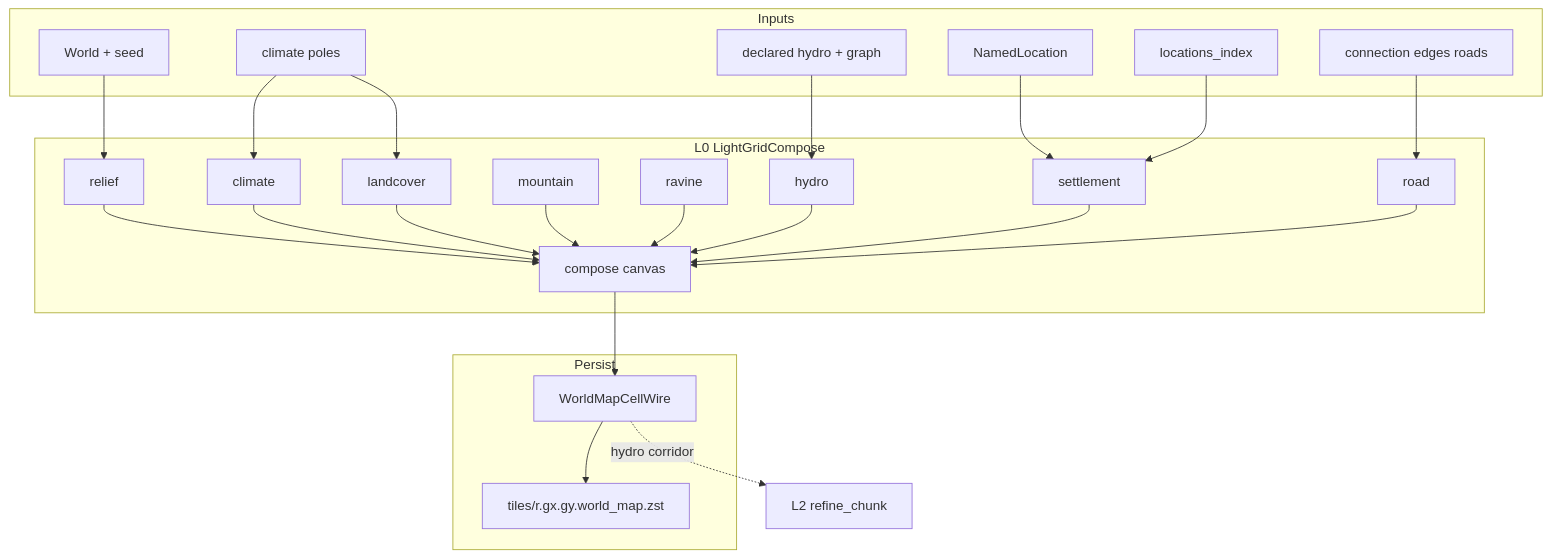
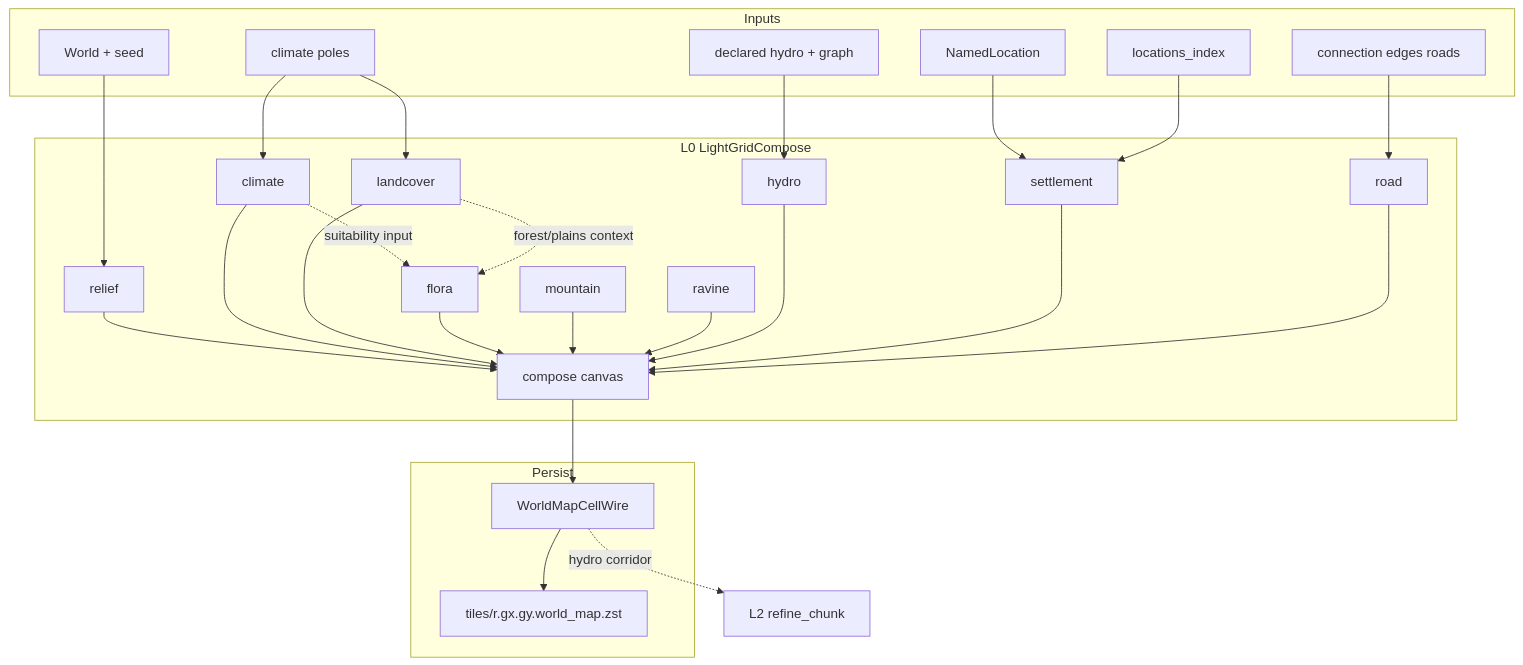
One commit to AndrewBondaren/AI-Project changed the second of 2 diagrams in docs/tz_map_light_bake.md. Above: the diagram before and after it, drawn with Mermaid. The commit also changed other lines of this file and 2 other files, not shown here.

````diff
--- a/docs/tz_map_light_bake.md
+++ b/docs/tz_map_light_bake.md
@@ -560,46 +757,50 @@
 ```mermaid
 flowchart TB
   subgraph inputs [Inputs]
     W[World + seed]
     Loc[NamedLocation]
     Idx[locations_index]
     Decl[declared hydro + graph]
     Edges[connection edges roads]
     Pole[climate poles]
   end
 
   subgraph compose_pipe [L0 LightGridCompose]
     C[compose canvas]
     R[relief]
     CL[climate]
     L[landcover]
+    F[flora]
     M[mountain]
     RV[ravine]
     H[hydro]
     S[settlement]
     RD[road]
     R --> C
     CL --> C
     L --> C
+    F --> C
     M --> C
     RV --> C
     H --> C
     S --> C
     RD --> C
+    CL -.->|suitability input| F
+    L -.->|forest/plains context| F
   end
 
   subgraph persist [Persist]
     Wire[WorldMapCellWire]
     Zst["tiles/r.gx.gy.world_map.zst"]
   end
 
   W --> R
   Pole --> CL
   Pole --> L
   Decl --> H
   Edges --> RD
   Loc --> S
   Idx --> S
   C --> Wire --> Zst
   Wire -.->|hydro corridor| L2[L2 refine_chunk]
 ```
````
